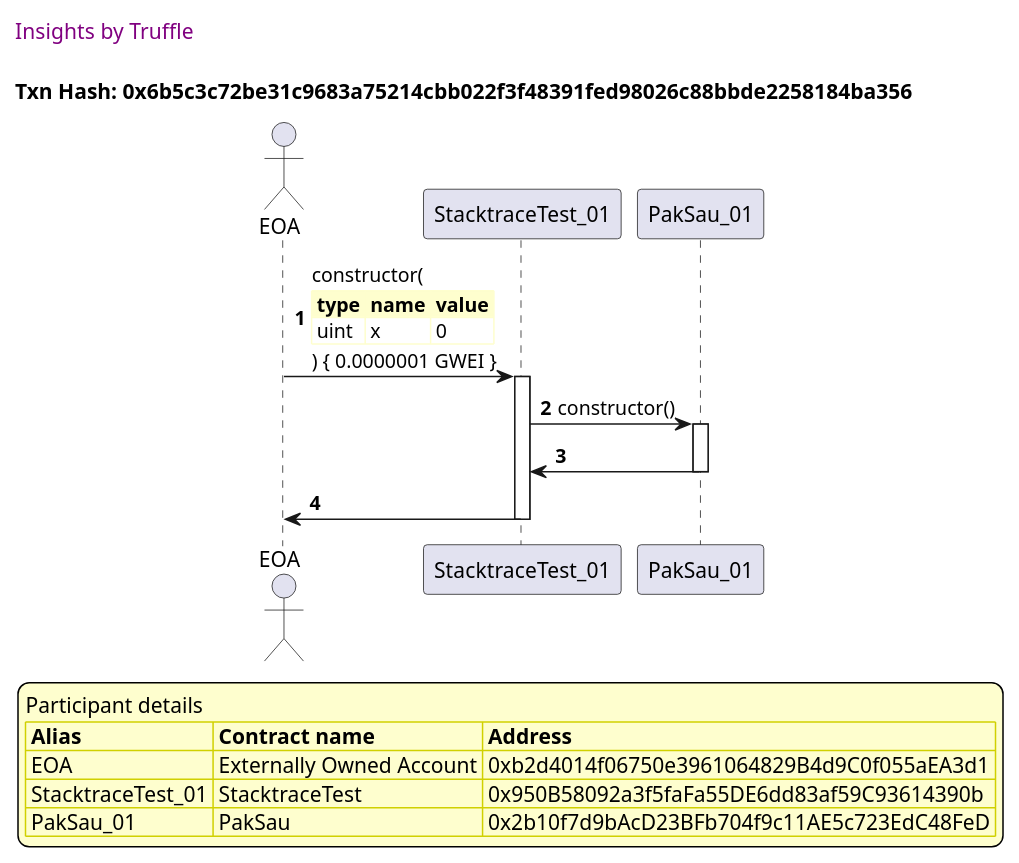
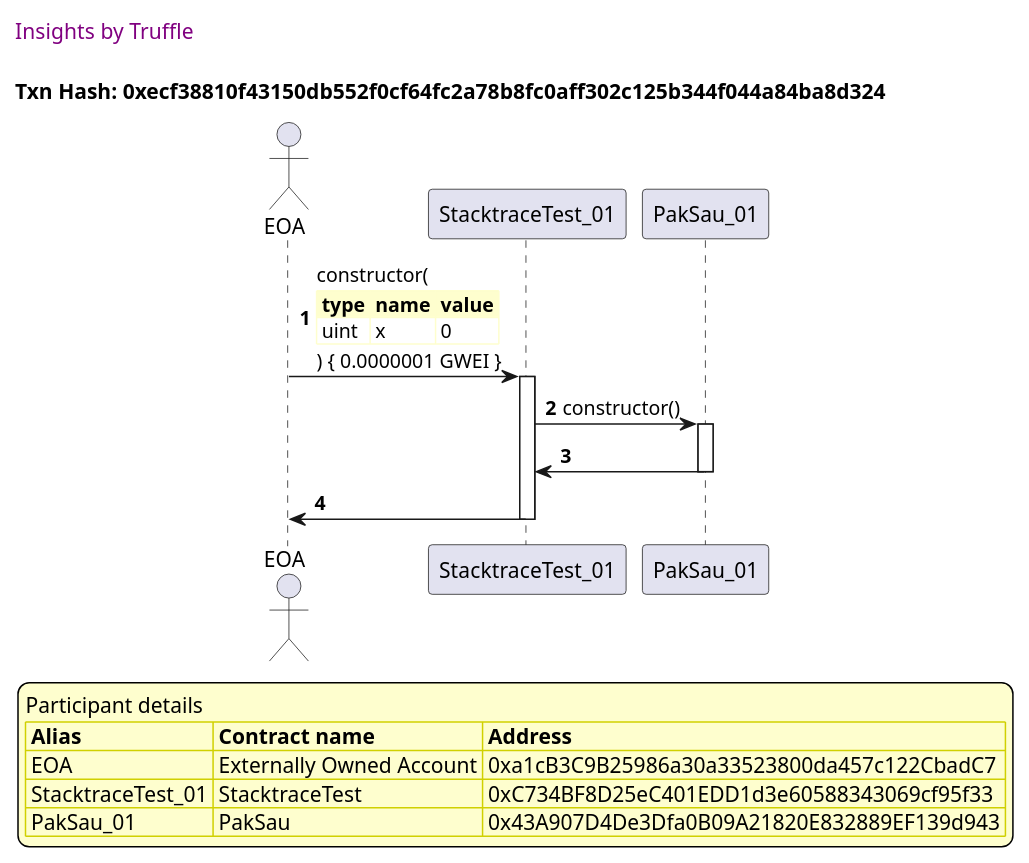
The first of 10 diagrams in truffle-seq/stacktrace.test.md (trufflesuite/txlog-seedlings), drawn with PlantUML before and after one commit. The commit also changed other lines of this file and 8 other files, not shown here.

````diff
--- a/truffle-seq/stacktrace.test.md
+++ b/truffle-seq/stacktrace.test.md
@@ -13,44 +13,44 @@
 ```plantuml
 
 
 @startuml
 
 autonumber
 skinparam legendBackgroundColor #FEFECE
 
 <style>
       header {
         HorizontalAlignment left
         FontColor purple
         FontSize 14
         Padding 10
       }
     </style>
 
 header Insights by Truffle
 
-title Txn Hash: 0x6b5c3c72be31c9683a75214cbb022f3f48391fed98026c88bbde2258184ba356
+title Txn Hash: 0xecf38810f43150db552f0cf64fc2a78b8fc0aff302c125b344f044a84ba8d324
 
 
 actor EOA as "EOA"
 participant StacktraceTest_01 as "StacktraceTest_01"
 participant PakSau_01 as "PakSau_01"
 
 "EOA" -> "StacktraceTest_01" ++: constructor(\n\
 <#FEFECE,#FEFECE>|= type |= name |= value |\n\
 | uint | x | 0 |\n\
 ) { 0.0000001 GWEI }
 "StacktraceTest_01" -> "PakSau_01" ++: constructor()
 "PakSau_01" -> "StacktraceTest_01" --: 
 "StacktraceTest_01" -> "EOA" --: 
 
 legend
 Participant details
 <#FEFECE,#D0D000>|= Alias |= Contract name |= Address |
-<#FEFECE>| EOA | Externally Owned Account | 0xb2d4014f06750e3961064829B4d9C0f055aEA3d1 |
-<#FEFECE>| StacktraceTest_01 | StacktraceTest | 0x950B58092a3f5faFa55DE6dd83af59C93614390b |
-<#FEFECE>| PakSau_01 | PakSau | 0x2b10f7d9bAcD23BFb704f9c11AE5c723EdC48FeD |
+<#FEFECE>| EOA | Externally Owned Account | 0xa1cB3C9B25986a30a33523800da457c122CbadC7 |
+<#FEFECE>| StacktraceTest_01 | StacktraceTest | 0xC734BF8D25eC401EDD1d3e60588343069cf95f33 |
+<#FEFECE>| PakSau_01 | PakSau | 0x43A907D4De3Dfa0B09A21820E832889EF139d943 |
 endlegend
 
 @enduml
 ```
````
